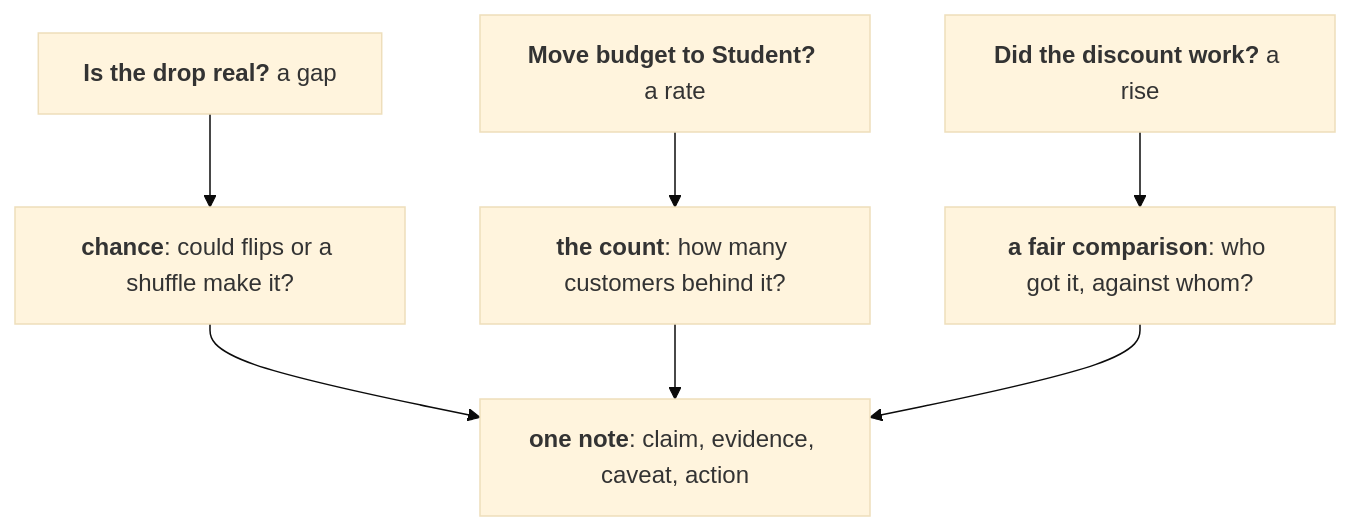
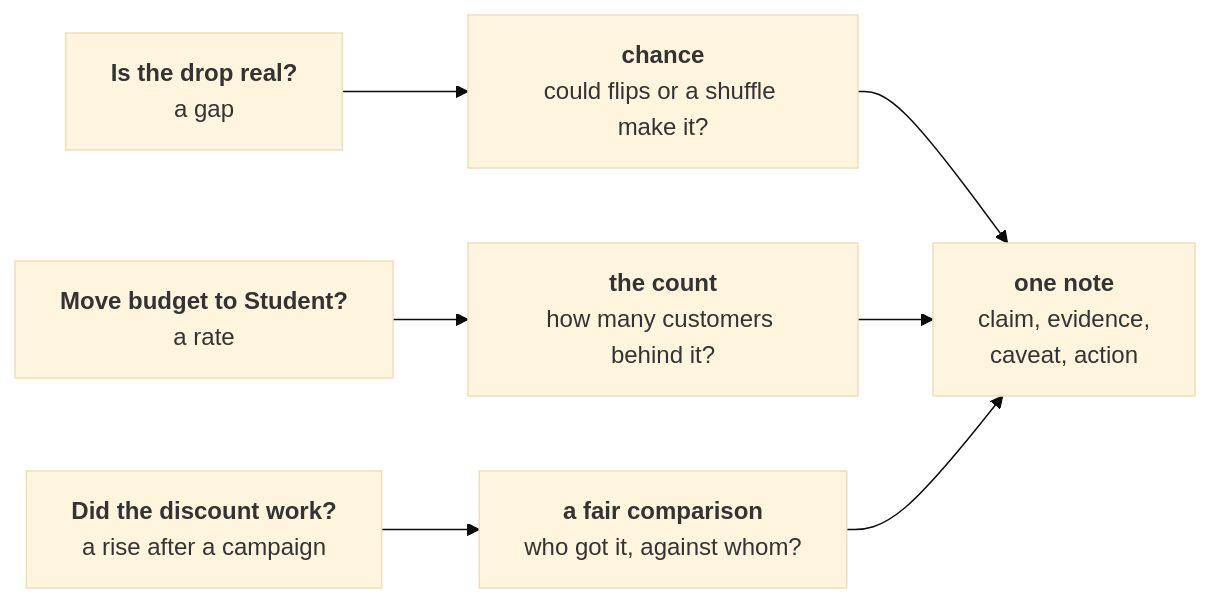
One commit to fde-academy-lab/c2-content-factory changed the diagram in content/W01/D4/cheatsheets/C2_W01_D04_real_or_wobble_STUDENT.md. Above: the diagram before and after it, drawn with Mermaid (base theme). The commit also changed other lines of this file and 27 other files, not shown here.

First line of the commit message:
W01 D4 exercise and reading families mid-raise, saved as the two agents stand: question titles and part headings, Who needs the answer and the questions on the way, the lab's 60-minute core with its stretch; one slide line in the morning deck made concrete

````diff
--- a/content/W01/D4/cheatsheets/C2_W01_D04_real_or_wobble_STUDENT.md
+++ b/content/W01/D4/cheatsheets/C2_W01_D04_real_or_wobble_STUDENT.md
@@ -8,9 +8,9 @@
 ```mermaid
-flowchart TB
-    Q1["<b>Is the drop real?</b> a gap"] --> H1["<b>chance</b>: could flips or a shuffle make it?"]
-    Q2["<b>Move budget to Student?</b> a rate"] --> H2["<b>the count</b>: how many customers behind it?"]
-    Q3["<b>Did the discount work?</b> a rise"] --> H3["<b>a fair comparison</b>: who got it, against whom?"]
-    H1 --> N["<b>one note</b>: claim, evidence, caveat, action"]
+flowchart LR
+    Q1["<b>Is the drop real?</b><br/>a gap"] --> H1["<b>chance</b><br/>could flips or a shuffle make it?"]
+    Q2["<b>Move budget to Student?</b><br/>a rate"] --> H2["<b>the count</b><br/>how many customers behind it?"]
+    Q3["<b>Did the discount work?</b><br/>a rise after a campaign"] --> H3["<b>a fair comparison</b><br/>who got it, against whom?"]
+    H1 --> N["<b>one note</b><br/>claim, evidence,<br/>caveat, action"]
     H2 --> N
     H3 --> N
 ```
````
